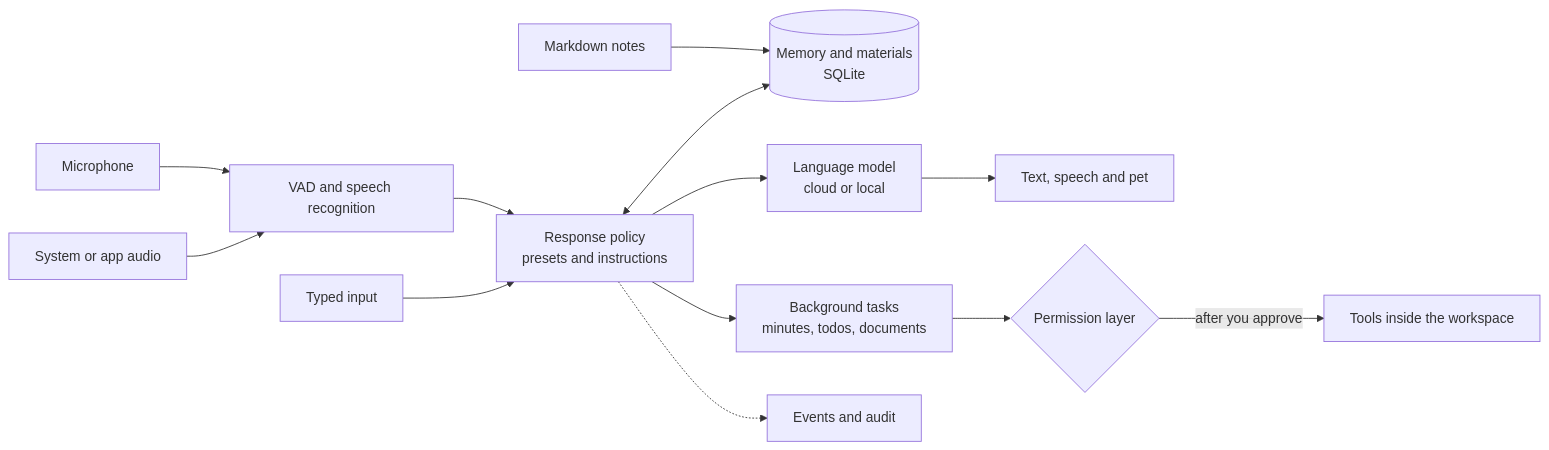
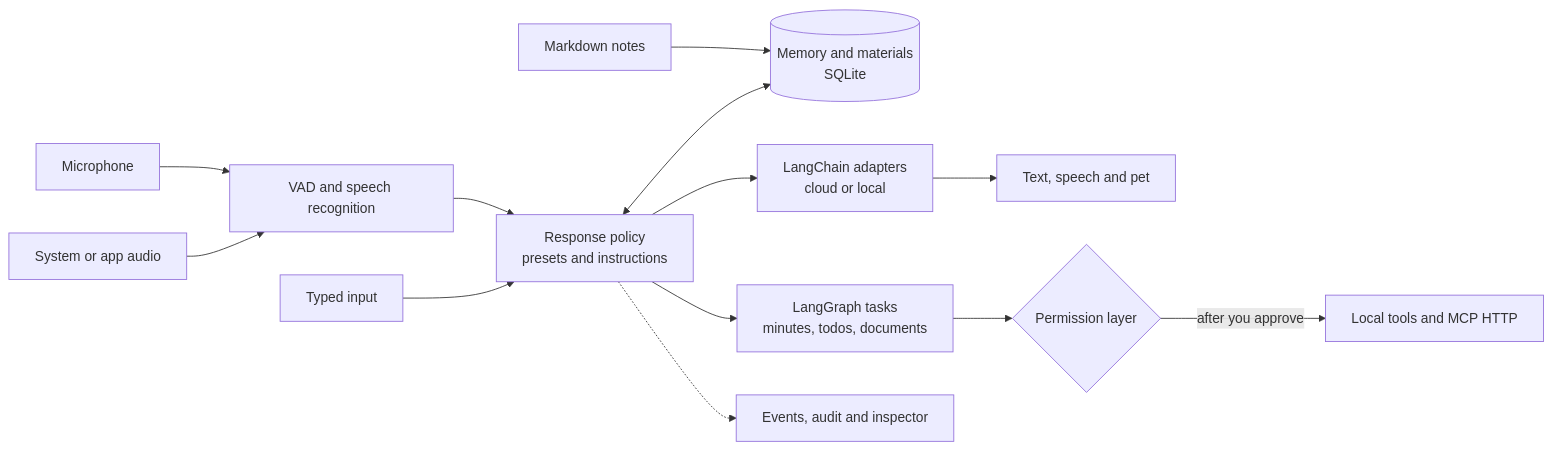
One commit to MuzeAnisichael/GreatSage changed the diagram in README.en.md. Above: the diagram before and after it, drawn with Mermaid. The commit also changed other lines of this file and 9 other files, not shown here.

````diff
--- a/README.en.md
+++ b/README.en.md
@@ -124,15 +144,15 @@
 ```mermaid
 flowchart LR
     Mic[Microphone] --> ASR[VAD and speech recognition]
     Desktop[System or app audio] --> ASR
     ASR --> Runtime[Response policy<br/>presets and instructions]
     Text[Typed input] --> Runtime
     Docs[Markdown notes] --> Memory[(Memory and materials<br/>SQLite)]
     Runtime <--> Memory
-    Runtime --> LLM[Language model<br/>cloud or local]
+    Runtime --> LLM[LangChain adapters<br/>cloud or local]
     LLM --> Output[Text, speech and pet]
-    Runtime --> Tasks[Background tasks<br/>minutes, todos, documents]
+    Runtime --> Tasks[LangGraph tasks<br/>minutes, todos, documents]
     Tasks --> Policy{Permission layer}
-    Policy -->|after you approve| Tools[Tools inside the workspace]
-    Runtime -.-> Audit[Events and audit]
+    Policy -->|after you approve| Tools[Local tools and MCP HTTP]
+    Runtime -.-> Audit[Events, audit and inspector]
 ```
````
